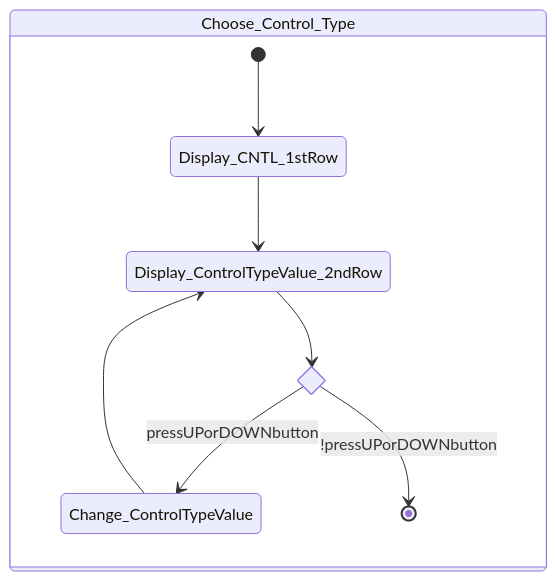
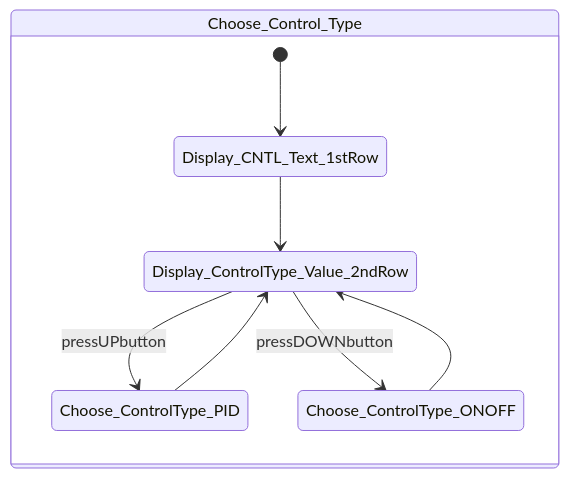
The sixth of 10 diagrams in README.md (sondhg/embedded-control-fsm), drawn with Mermaid before and after one commit. The commit also changed other lines of this file, not shown here.

Commit message:
refactor state diagram for improved clarity and flow in temperature controller interface

````diff
--- a/README.md
+++ b/README.md
@@ -141,14 +121,12 @@
 ```mermaid
 stateDiagram-v2
     direction TB
      state Choose_Control_Type {
-            [*] --> Display_CNTL_1stRow
-            Display_CNTL_1stRow --> Display_ControlTypeValue_2ndRow
-
-                state if_state_change_control_type <<choice>>
-                Display_ControlTypeValue_2ndRow --> if_state_change_control_type
-                if_state_change_control_type --> Change_ControlTypeValue: pressUPorDOWNbutton
-                Change_ControlTypeValue --> Display_ControlTypeValue_2ndRow
-                if_state_change_control_type --> [*]: !pressUPorDOWNbutton
+            [*] --> Display_CNTL_Text_1stRow
+            Display_CNTL_Text_1stRow --> Display_ControlType_Value_2ndRow
+            Display_ControlType_Value_2ndRow --> Choose_ControlType_PID: pressUPbutton
+            Choose_ControlType_PID --> Display_ControlType_Value_2ndRow
+            Display_ControlType_Value_2ndRow --> Choose_ControlType_ONOFF: pressDOWNbutton
+            Choose_ControlType_ONOFF --> Display_ControlType_Value_2ndRow
             }
 ```
````
